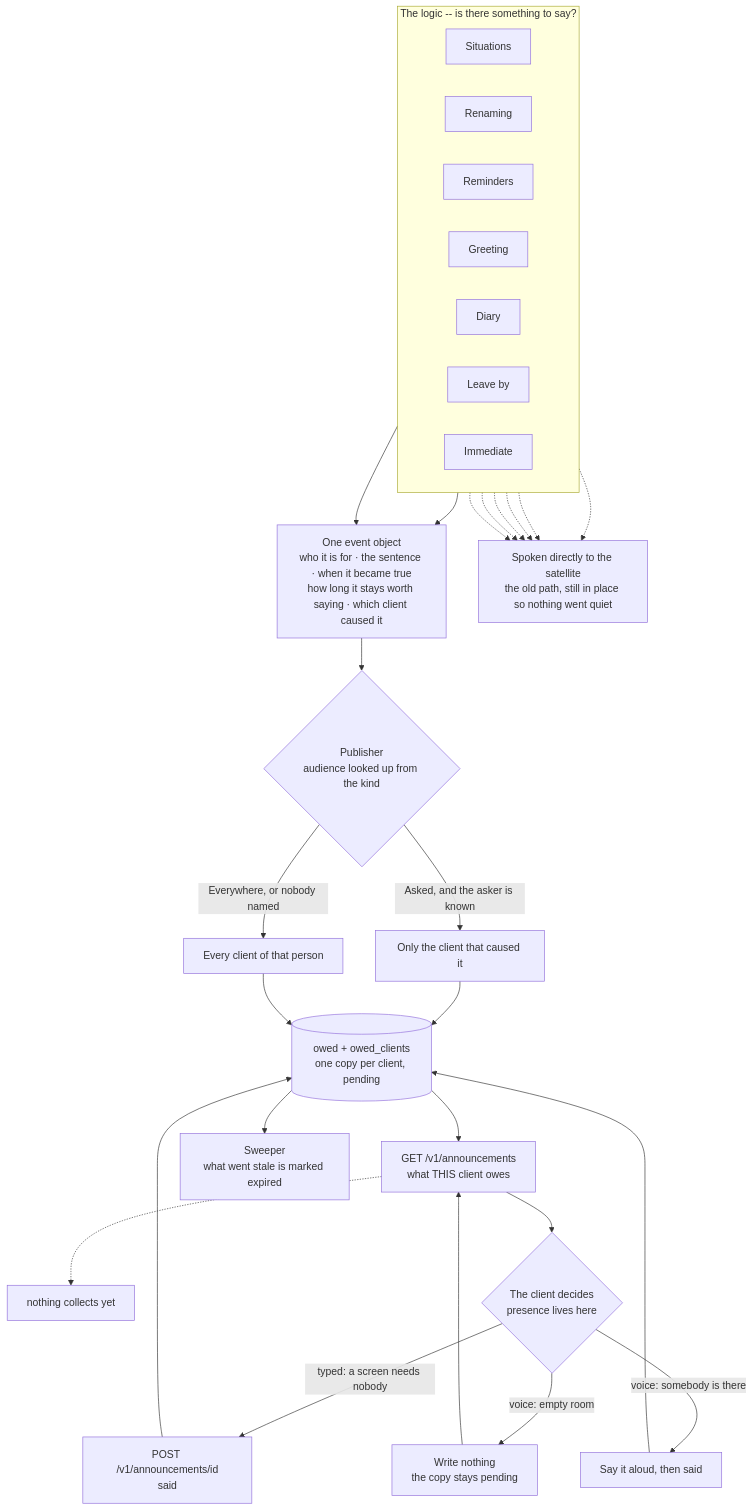
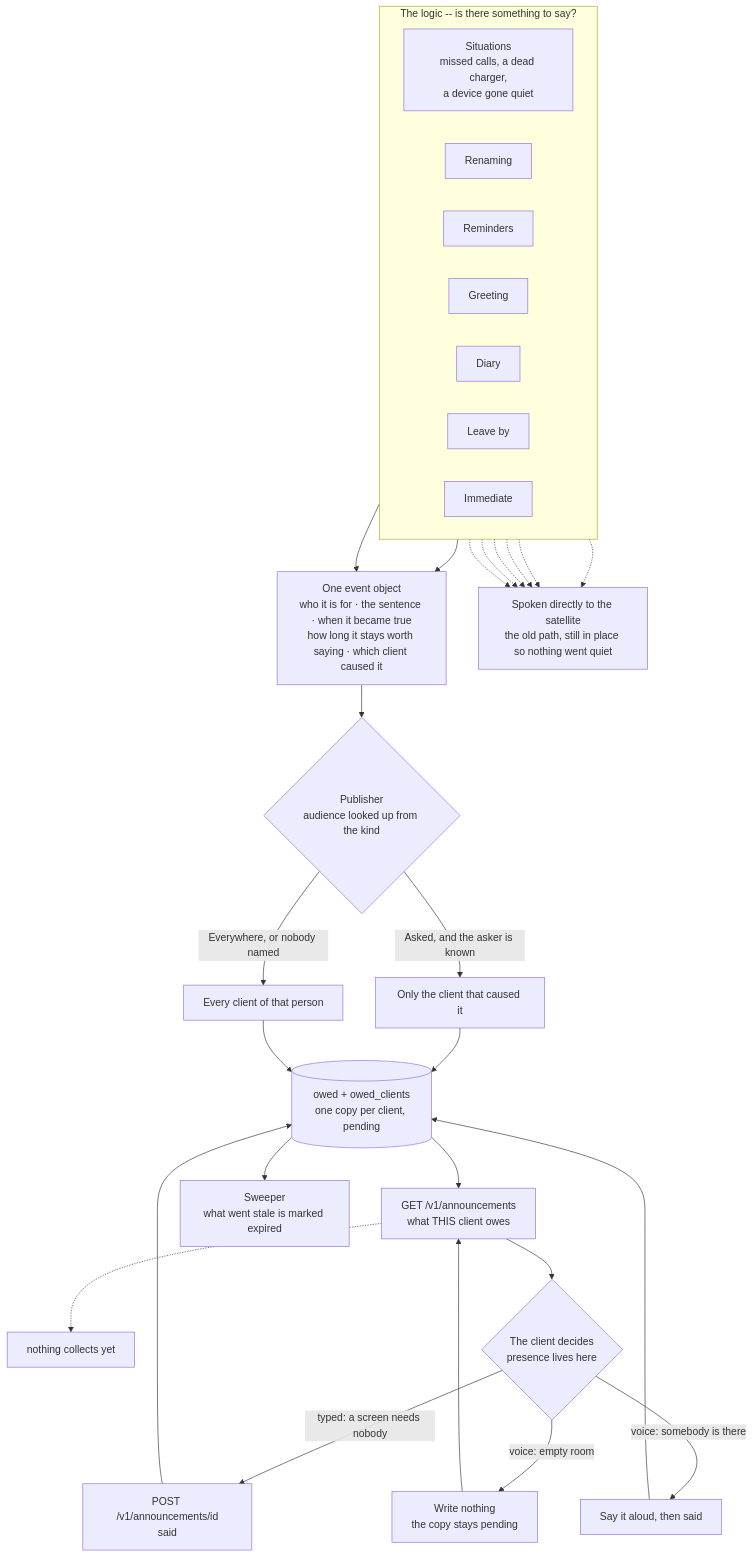
Before and after one commit to DhanushRamesh/personal-assistant: the third of 4 diagrams in FEATURES.md, drawn with Mermaid. The commit also changed other lines of this file, not shown here.

Commit message:
Put the third check on the map
A map that lies about what exists is worse than no map, and the
quiet check went in without the map moving with it.

````diff
--- a/FEATURES.md
+++ b/FEATURES.md
@@ -92,47 +92,47 @@
 ```mermaid
 flowchart TB
     subgraph L["The logic -- is there something to say?"]
         direction LR
-        SI["Situations"]
+        SI["Situations<br/>missed calls, a dead charger,<br/>a device gone quiet"]
         RN["Renaming"]
         RM["Reminders"]
         GR["Greeting"]
         CO["Diary"]
         LV["Leave by"]
         IM["Immediate"]
     end
 
     SI --> EV
     RN --> EV
     RM -.-> OLD
     GR -.-> OLD
     CO -.-> OLD
     LV -.-> OLD
     IM -.-> OLD
     RN -.-> OLD
 
     EV["One event object<br/>who it is for · the sentence · when it became true<br/>how long it stays worth saying · which client caused it"]
     EV --> PUB{"Publisher<br/>audience looked up from the kind"}
 
     PUB -- "Asked, and the asker is known" --> ONE["Only the client that caused it"]
     PUB -- "Everywhere, or nobody named" --> ALL["Every client of that person"]
 
     ONE --> DB
     ALL --> DB
     DB[("owed + owed_clients<br/>one copy per client, pending")]
 
     DB --> GET["GET /v1/announcements<br/>what THIS client owes"]
     GET -.-> NOBODY["nothing collects yet"]
     GET --> CL{"The client decides<br/>presence lives here"}
 
     CL -- "typed: a screen needs nobody" --> MARK["POST /v1/announcements/id<br/>said"]
     CL -- "voice: somebody is there" --> SAY["Say it aloud, then said"]
     CL -- "voice: empty room" --> KEEP["Write nothing<br/>the copy stays pending"]
     KEEP --> GET
 
     MARK --> DB
     SAY --> DB
     DB --> SW["Sweeper<br/>what went stale is marked expired"]
 
     OLD["Spoken directly to the satellite<br/>the old path, still in place so nothing went quiet"]
 ```
````
